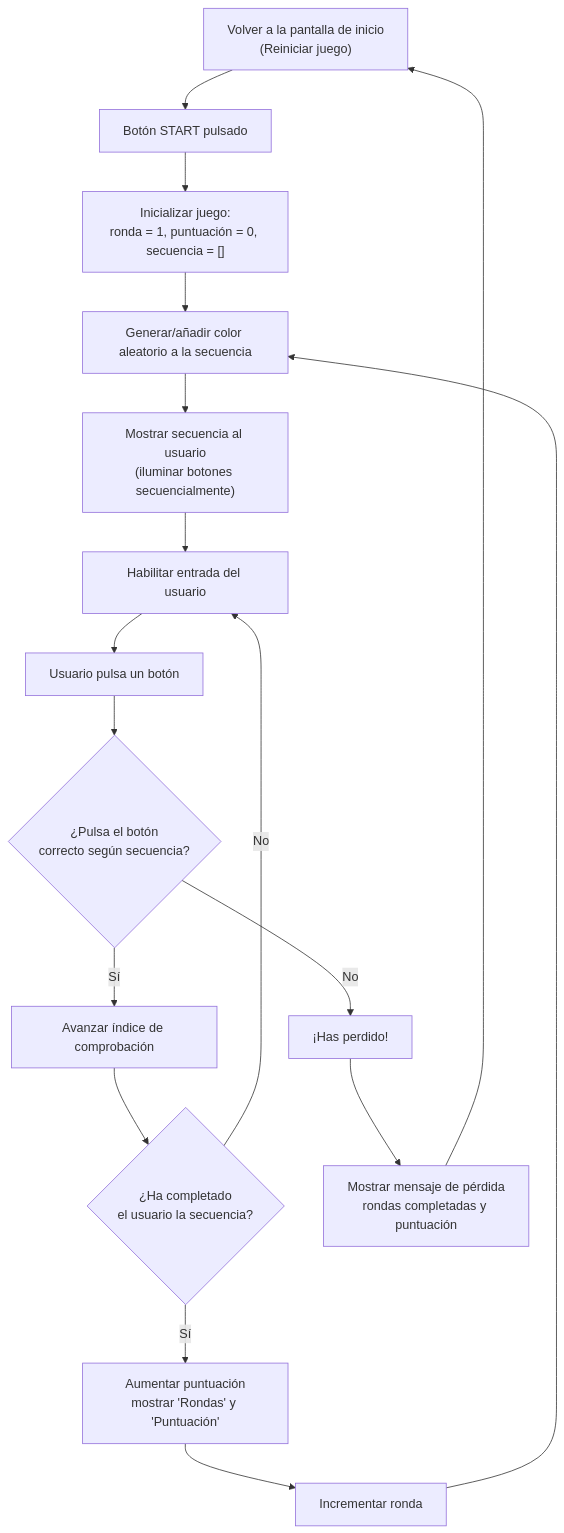
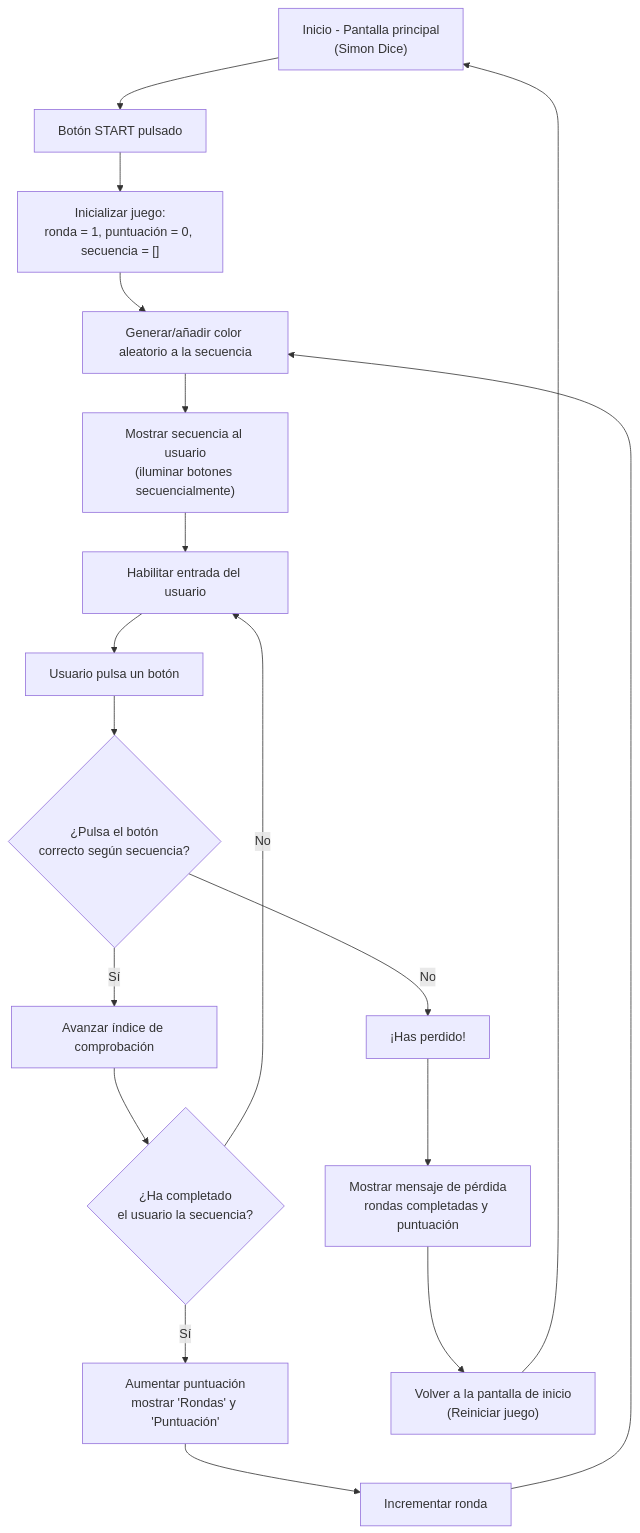
Before and after one commit to saulmnz/SIMON_DICE_PMDM_SAUL_ADRIAN: the second of 2 diagrams in README.md, drawn with Mermaid.

Commit message:
FLUJO DEFINITIVO

````diff
--- a/README.md
+++ b/README.md
@@ -48,26 +48,25 @@
 ```mermaid
 flowchart TD
   A["Inicio - Pantalla principal<br/>(Simon Dice)"] --> B["Botón START pulsado"]
   B --> C["Inicializar juego:<br/>ronda = 1, puntuación = 0, secuencia = []"]
   C --> D["Generar/añadir color aleatorio a la secuencia"]
   D --> E["Mostrar secuencia al usuario<br/>(iluminar botones secuencialmente)"]
   E --> F["Habilitar entrada del usuario"]
   F --> G["Usuario pulsa un botón"]
 
   G --> H{"¿Pulsa el botón<br/>correcto según secuencia?"}
-
   H -->|"Sí"| I["Avanzar índice de comprobación"]
-
   I --> J{"¿Ha completado<br/>el usuario la secuencia?"}
   J -->|"No"| F
   J -->|"Sí"| K["Aumentar puntuación<br/>mostrar 'Rondas' y 'Puntuación'"]
-
   K --> L["Incrementar ronda"]
   L --> D
 
   H -->|"No"| M["¡Has perdido!"]
   M --> N["Mostrar mensaje de pérdida<br/>rondas completadas y puntuación"]
-  N --> A["Volver a la pantalla de inicio<br/>(Reiniciar juego)"]
+  N --> O["Volver a la pantalla de inicio<br/>(Reiniciar juego)"]
+  O --> A
 
+  A ~~~ D
 
 ```
````
